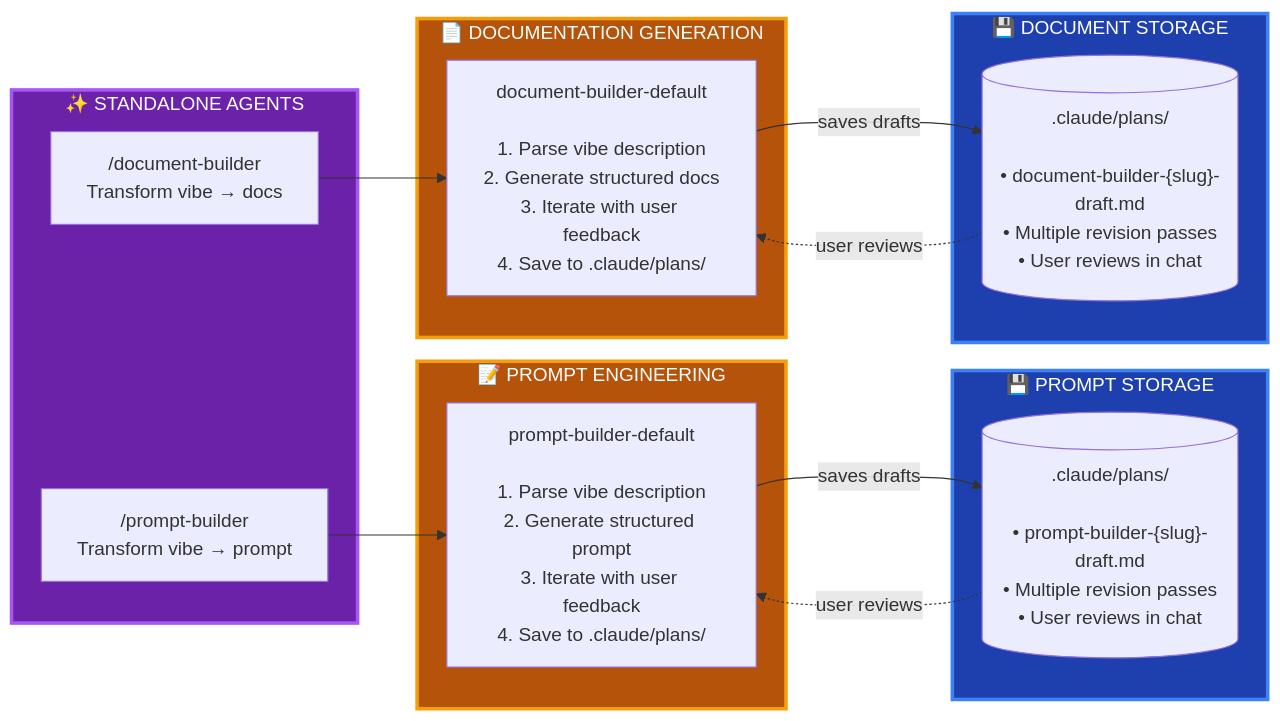
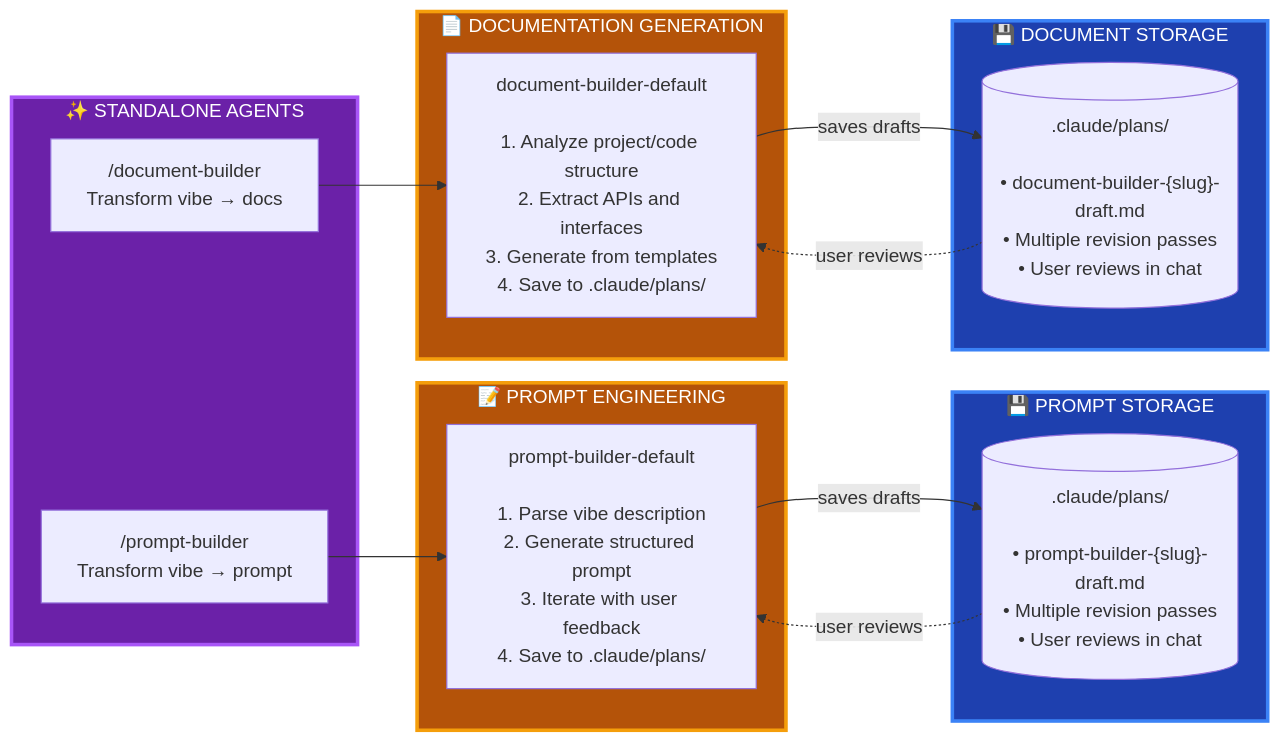
The second of 2 diagrams in README.md (GantisStorm/essentials-claude-code), drawn with Mermaid before and after one commit. The commit also changed other lines of this file and 2 other files, not shown here.

First line of the commit message:
Redesign document-builder as code-analysis-driven documentation generator

````diff
--- a/README.md
+++ b/README.md
@@ -85,37 +85,37 @@
 ```mermaid
 flowchart LR
     subgraph standalone["✨ STANDALONE AGENTS"]
         prompt_cmd["/prompt-builder<br/>Transform vibe → prompt"]
         doc_cmd["/document-builder<br/>Transform vibe → docs"]
     end
 
     subgraph prompt_work["📝 PROMPT ENGINEERING"]
         prompt_agent["prompt-builder-default<br/><br/>1. Parse vibe description<br/>2. Generate structured prompt<br/>3. Iterate with user feedback<br/>4. Save to .claude/plans/"]
     end
 
     subgraph doc_work["📄 DOCUMENTATION GENERATION"]
-        doc_agent["document-builder-default<br/><br/>1. Parse vibe description<br/>2. Generate structured docs<br/>3. Iterate with user feedback<br/>4. Save to .claude/plans/"]
+        doc_agent["document-builder-default<br/><br/>1. Analyze project/code structure<br/>2. Extract APIs and interfaces<br/>3. Generate from templates<br/>4. Save to .claude/plans/"]
     end
 
     subgraph prompt_storage["💾 PROMPT STORAGE"]
         prompt_files[(".claude/plans/<br/><br/>• prompt-builder-{slug}-draft.md<br/>• Multiple revision passes<br/>• User reviews in chat")]
     end
 
     subgraph doc_storage["💾 DOCUMENT STORAGE"]
         doc_files[(".claude/plans/<br/><br/>• document-builder-{slug}-draft.md<br/>• Multiple revision passes<br/>• User reviews in chat")]
     end
 
     prompt_cmd --> prompt_agent
     prompt_agent -->|"saves drafts"| prompt_files
     prompt_files -.->|"user reviews"| prompt_agent
 
     doc_cmd --> doc_agent
     doc_agent -->|"saves drafts"| doc_files
     doc_files -.->|"user reviews"| doc_agent
 
     style standalone fill:#6b21a8,stroke:#a855f7,stroke-width:3px,color:#fff
     style prompt_work fill:#b45309,stroke:#f59e0b,stroke-width:3px,color:#fff
     style prompt_storage fill:#1e40af,stroke:#3b82f6,stroke-width:3px,color:#fff
     style doc_work fill:#b45309,stroke:#f59e0b,stroke-width:3px,color:#fff
     style doc_storage fill:#1e40af,stroke:#3b82f6,stroke-width:3px,color:#fff
 ```
````
